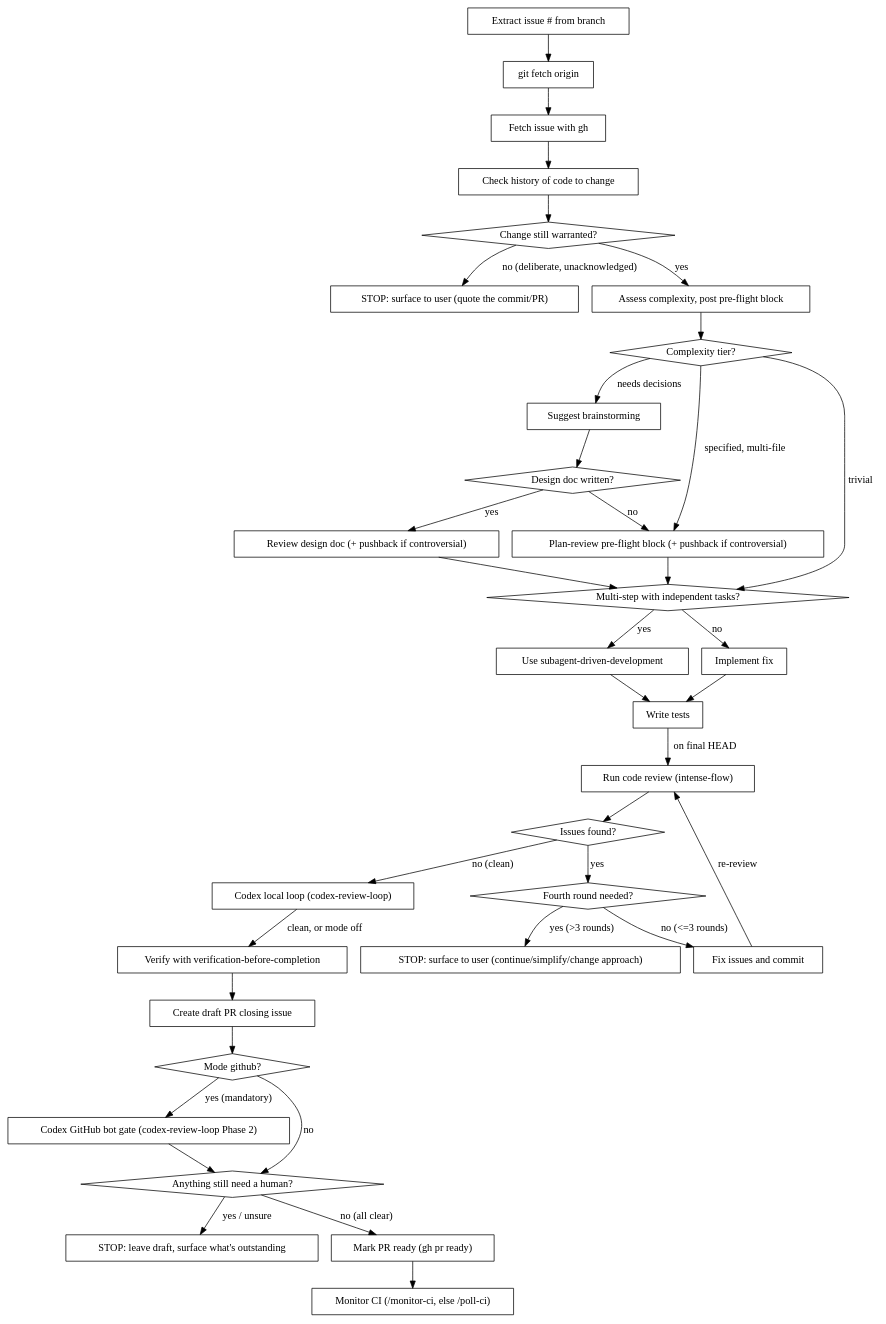
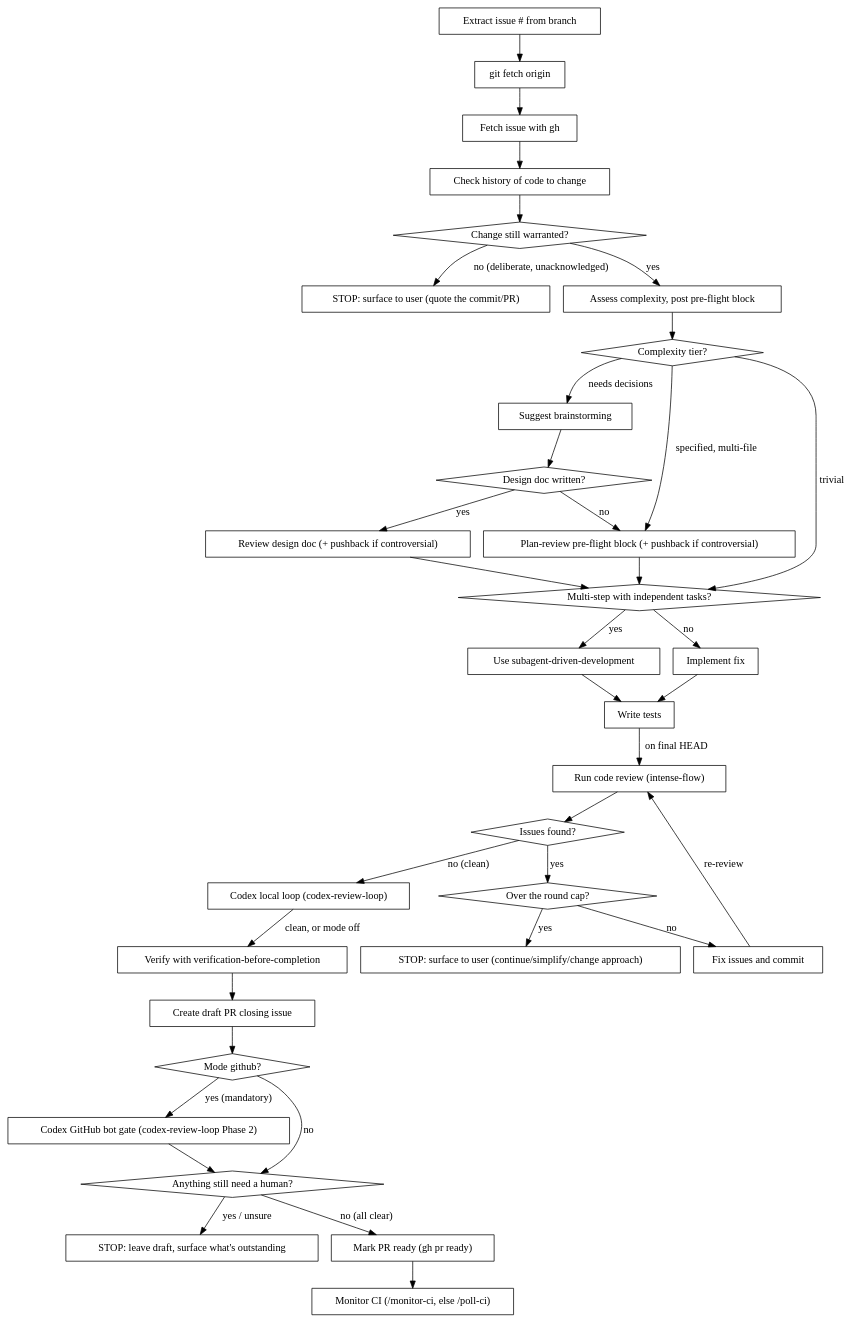
One commit to oalders/kitchen-sink changed the diagram in commands/fix-gh-issue.md. Above: the diagram before and after it, drawn with Graphviz. The commit also changed other lines of this file and 7 other files, not shown here.

````diff
--- a/commands/fix-gh-issue.md
+++ b/commands/fix-gh-issue.md
@@ -54,70 +54,70 @@
 ```dot
 digraph fix_issue {
     "Extract issue # from branch" [shape=box];
     "git fetch origin" [shape=box];
     "Fetch issue with gh" [shape=box];
     "Check history of code to change" [shape=box];
     "Change still warranted?" [shape=diamond];
     "STOP: surface to user (quote the commit/PR)" [shape=box];
     "Assess complexity, post pre-flight block" [shape=box];
     "Complexity tier?" [shape=diamond];
     "Suggest brainstorming" [shape=box];
     "Design doc written?" [shape=diamond];
     "Review design doc (+ pushback if controversial)" [shape=box];
     "Plan-review pre-flight block (+ pushback if controversial)" [shape=box];
     "Multi-step with independent tasks?" [shape=diamond];
     "Use subagent-driven-development" [shape=box];
     "Implement fix" [shape=box];
     "Write tests" [shape=box];
     "Run code review (intense-flow)" [shape=box];
     "Issues found?" [shape=diamond];
-    "Fourth round needed?" [shape=diamond];
+    "Over the round cap?" [shape=diamond];
     "STOP: surface to user (continue/simplify/change approach)" [shape=box];
     "Fix issues and commit" [shape=box];
     "Codex local loop (codex-review-loop)" [shape=box];
     "Verify with verification-before-completion" [shape=box];
     "Create draft PR closing issue" [shape=box];
     "Mode github?" [shape=diamond];
     "Codex GitHub bot gate (codex-review-loop Phase 2)" [shape=box];
     "Anything still need a human?" [shape=diamond];
     "STOP: leave draft, surface what's outstanding" [shape=box];
     "Mark PR ready (gh pr ready)" [shape=box];
     "Monitor CI (/monitor-ci, else /poll-ci)" [shape=box];
 
     "Extract issue # from branch" -> "git fetch origin";
     "git fetch origin" -> "Fetch issue with gh";
     "Fetch issue with gh" -> "Check history of code to change";
     "Check history of code to change" -> "Change still warranted?";
     "Change still warranted?" -> "STOP: surface to user (quote the commit/PR)" [label="no (deliberate, unacknowledged)"];
     "Change still warranted?" -> "Assess complexity, post pre-flight block" [label="yes"];
     "Assess complexity, post pre-flight block" -> "Complexity tier?";
     "Complexity tier?" -> "Suggest brainstorming" [label="needs decisions"];
     "Complexity tier?" -> "Plan-review pre-flight block (+ pushback if controversial)" [label="specified, multi-file"];
     "Complexity tier?" -> "Multi-step with independent tasks?" [label="trivial"];
     "Plan-review pre-flight block (+ pushback if controversial)" -> "Multi-step with independent tasks?";
     "Suggest brainstorming" -> "Design doc written?";
     "Design doc written?" -> "Review design doc (+ pushback if controversial)" [label="yes"];
     "Design doc written?" -> "Plan-review pre-flight block (+ pushback if controversial)" [label="no"];
     "Review design doc (+ pushback if controversial)" -> "Multi-step with independent tasks?";
     "Multi-step with independent tasks?" -> "Use subagent-driven-development" [label="yes"];
     "Multi-step with independent tasks?" -> "Implement fix" [label="no"];
     "Use subagent-driven-development" -> "Write tests";
     "Implement fix" -> "Write tests";
     "Write tests" -> "Run code review (intense-flow)" [label="on final HEAD"];
     "Run code review (intense-flow)" -> "Issues found?";
-    "Issues found?" -> "Fourth round needed?" [label="yes"];
-    "Fourth round needed?" -> "STOP: surface to user (continue/simplify/change approach)" [label="yes (>3 rounds)"];
-    "Fourth round needed?" -> "Fix issues and commit" [label="no (<=3 rounds)"];
+    "Issues found?" -> "Over the round cap?" [label="yes"];
+    "Over the round cap?" -> "STOP: surface to user (continue/simplify/change approach)" [label="yes"];
+    "Over the round cap?" -> "Fix issues and commit" [label="no"];
     "Fix issues and commit" -> "Run code review (intense-flow)" [label="re-review"];
     "Issues found?" -> "Codex local loop (codex-review-loop)" [label="no (clean)"];
     "Codex local loop (codex-review-loop)" -> "Verify with verification-before-completion" [label="clean, or mode off"];
     "Verify with verification-before-completion" -> "Create draft PR closing issue";
     "Create draft PR closing issue" -> "Mode github?";
     "Mode github?" -> "Codex GitHub bot gate (codex-review-loop Phase 2)" [label="yes (mandatory)"];
     "Mode github?" -> "Anything still need a human?" [label="no"];
     "Codex GitHub bot gate (codex-review-loop Phase 2)" -> "Anything still need a human?";
     "Anything still need a human?" -> "STOP: leave draft, surface what's outstanding" [label="yes / unsure"];
     "Anything still need a human?" -> "Mark PR ready (gh pr ready)" [label="no (all clear)"];
     "Mark PR ready (gh pr ready)" -> "Monitor CI (/monitor-ci, else /poll-ci)";
 }
 ```
````
